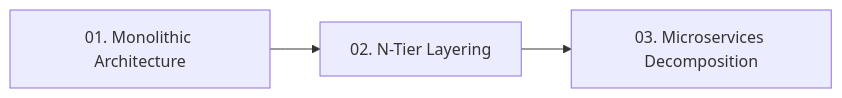
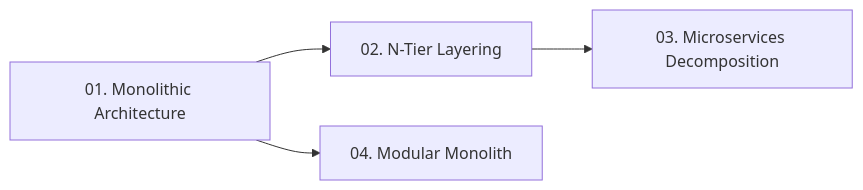
Before and after one commit to Sujalkathait/high-level-design: the diagram in 02-architecture/README.md, drawn with Mermaid. The commit also changed other lines of this file and 10 other files, not shown here.

Commit message:
feat: add comprehensive server.md master guide, modular monolith doc, and fix Mermaid diagram bugs

````diff
--- a/02-architecture/README.md
+++ b/02-architecture/README.md
@@ -11,5 +11,6 @@
 ```mermaid
 flowchart LR
     A[01. Monolithic Architecture] --> B[02. N-Tier Layering]
     B --> C[03. Microservices Decomposition]
+    A --> D[04. Modular Monolith]
 ```
````
